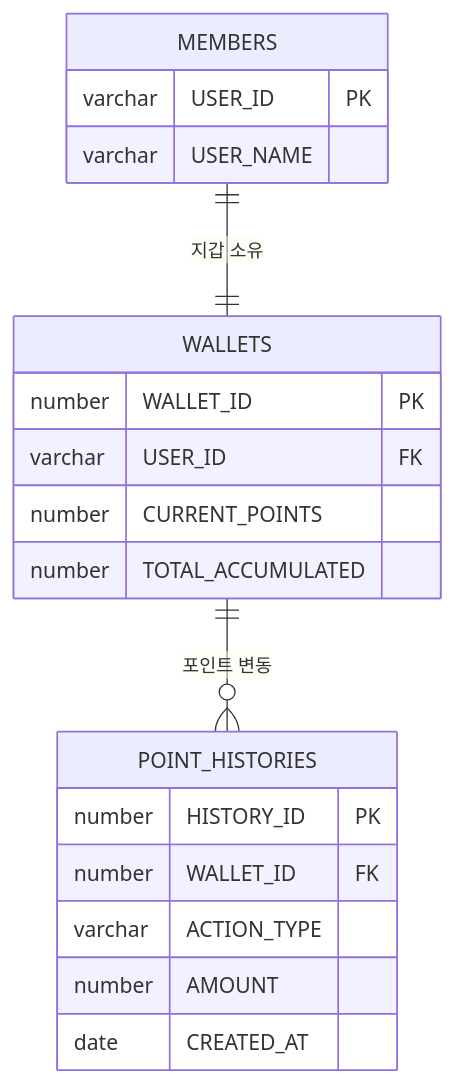
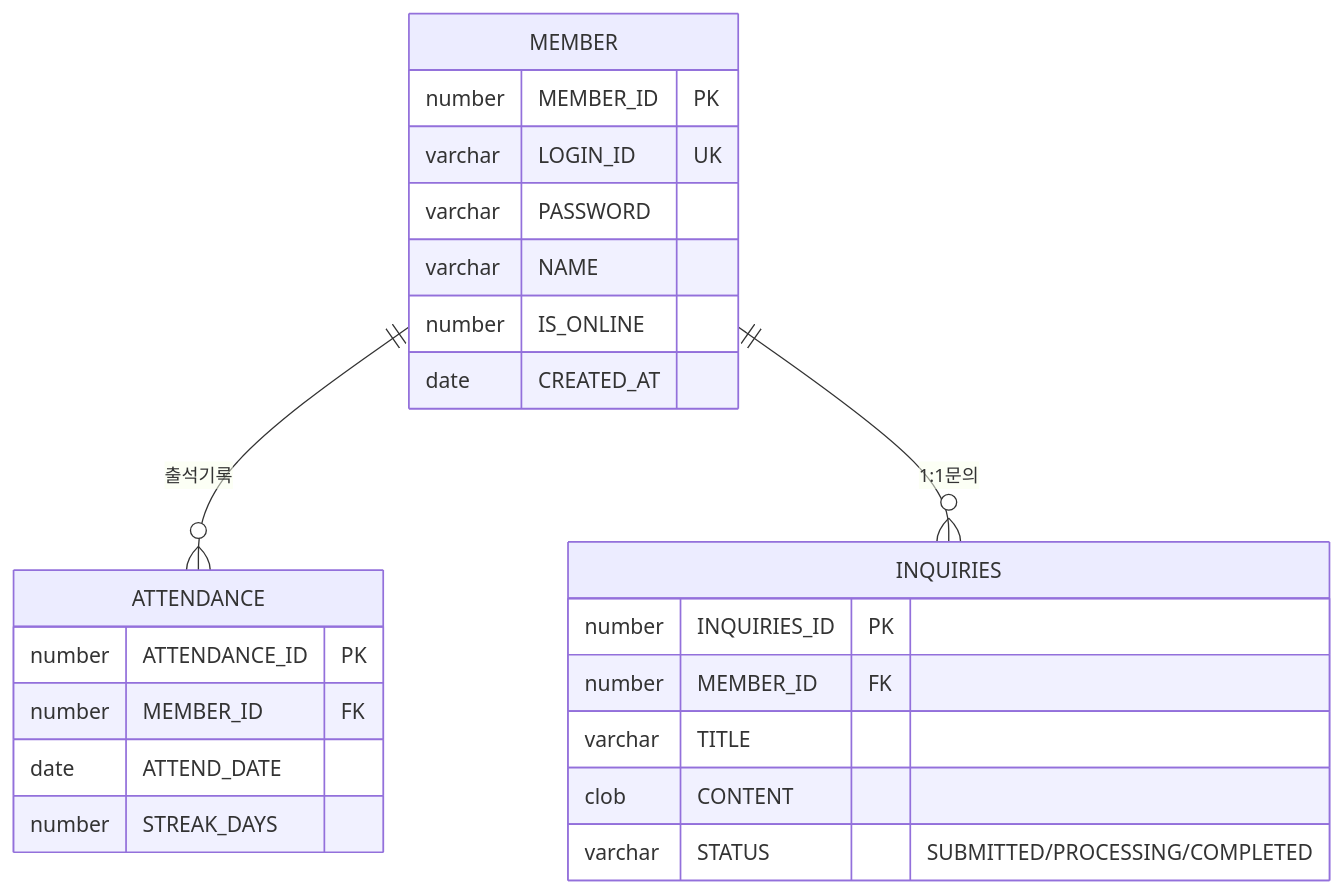
Before and after one commit to KJH-Portfolio/202602-Environmenta-Organization: the second of 5 diagrams in erd.md, drawn with Mermaid. The commit also changed other lines of this file and 4 other files, not shown here.

````diff
--- a/erd.md
+++ b/erd.md
@@ -244,22 +237,26 @@
 ```mermaid
 erDiagram
-    MEMBERS {
-        varchar USER_ID PK
-        varchar USER_NAME
+    MEMBER {
+        number MEMBER_ID PK
+        varchar LOGIN_ID UK
+        varchar PASSWORD
+        varchar NAME
+        number IS_ONLINE
+        date CREATED_AT
     }
-    WALLETS {
-        number  WALLET_ID PK
-        varchar USER_ID FK
-        number  CURRENT_POINTS
-        number  TOTAL_ACCUMULATED
+    ATTENDANCE {
+        number ATTENDANCE_ID PK
+        number MEMBER_ID FK
+        date ATTEND_DATE
+        number STREAK_DAYS
     }
-    POINT_HISTORIES {
-        number  HISTORY_ID PK
-        number  WALLET_ID FK
-        varchar ACTION_TYPE
-        number  AMOUNT
-        date    CREATED_AT
+    INQUIRIES {
+        number INQUIRIES_ID PK
+        number MEMBER_ID FK
+        varchar TITLE
+        clob CONTENT
+        varchar STATUS "SUBMITTED/PROCESSING/COMPLETED"
     }
-    MEMBERS ||--|| WALLETS : "지갑 소유"
-    WALLETS ||--o{ POINT_HISTORIES : "포인트 변동"
+    MEMBER ||--o{ ATTENDANCE : "출석기록"
+    MEMBER ||--o{ INQUIRIES : "1:1문의"
 ```
````
